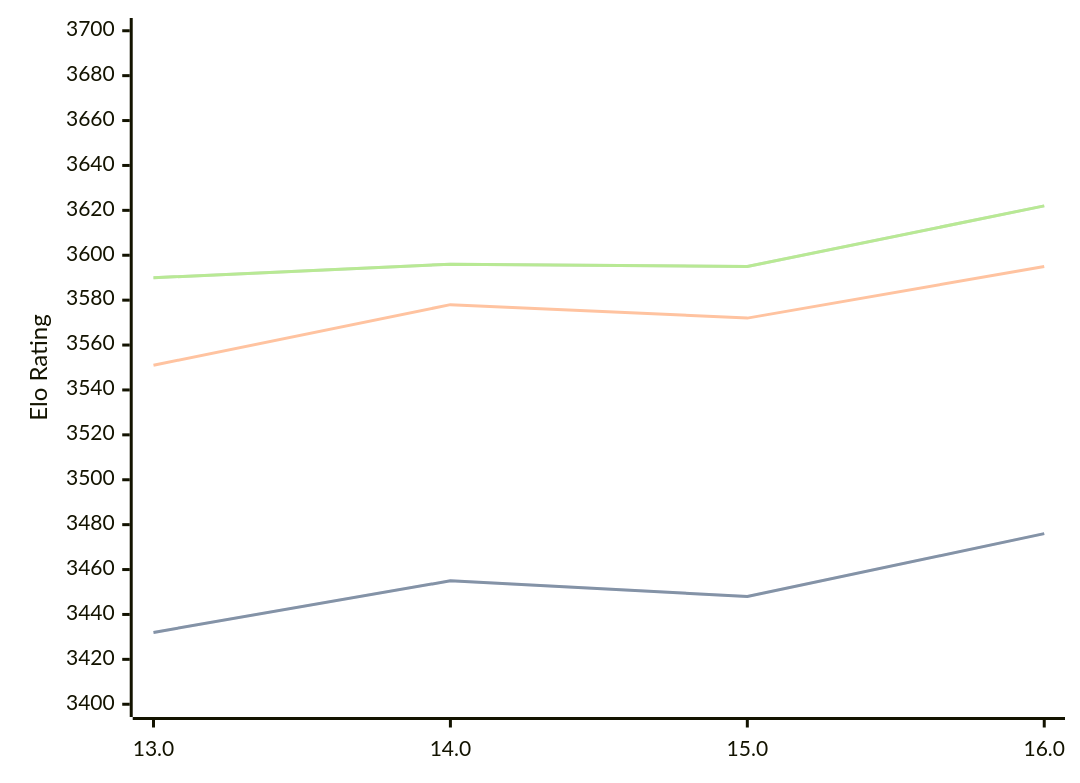
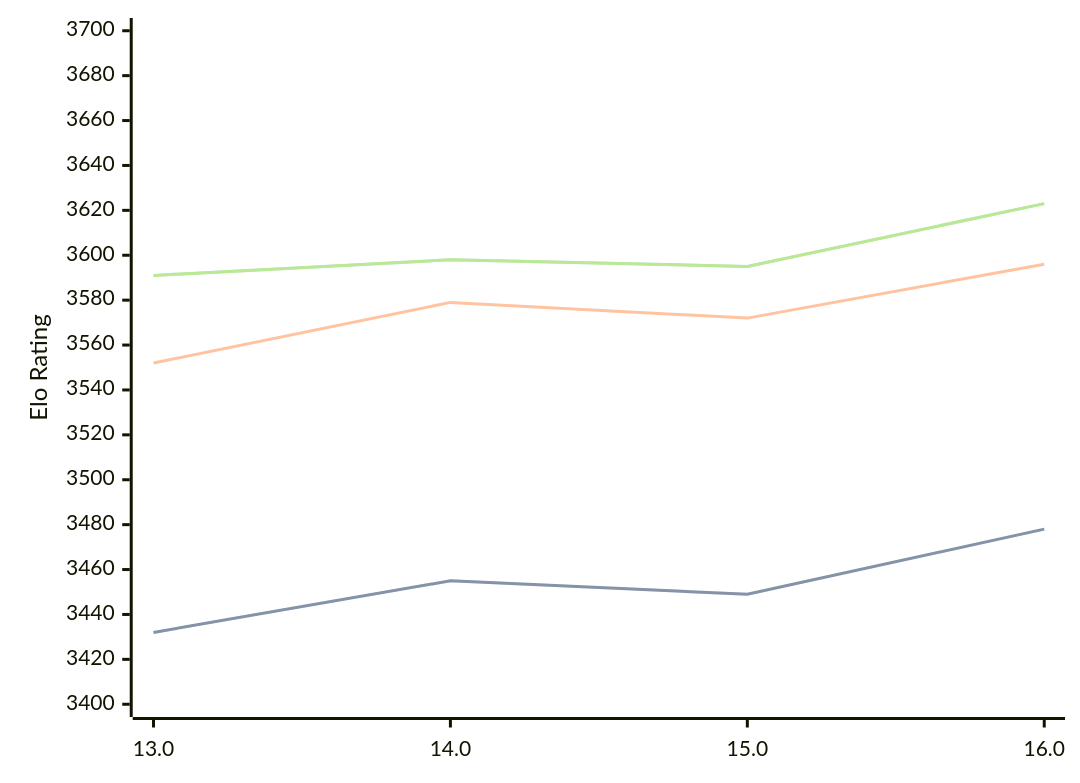
One commit to computer-chess-index/cci changed the diagram in engines/Obsidian.md. Above: the diagram before and after it, drawn with Mermaid. The commit also changed other lines of this file, not shown here.

Commit message:
Update CCI Ratings (ELO VLTC) - 2026-05-01

````diff
--- a/engines/Obsidian.md
+++ b/engines/Obsidian.md
@@ -43,11 +43,11 @@
 ```mermaid
 %%{init: {"theme":"base","themeVariables":{"seriesColors:['#a3a3a3','#222221','#faa371']}}}%%
 xychart-beta
   x-axis ["13.0", "14.0", "15.0", "16.0"]
   y-axis "Elo Rating" 3400 --> 3700
-  line "STC (8.0+0.08s)" [3432, 3455, 3448, 3476]
-  line "STC (8.0+0.08s)" [3432, 3455, 3448, 3476]
-  line "LTC (60.0+0.60s)" [3551, 3578, 3572, 3595]
-  line "VLTC (2m24s+1.12s)" [3590, 3596, 3595, 3622]
-  line "VLTC (2m24s+1.12s)" [3590, 3596, 3595, 3622]
+  line "STC (8.0+0.08s)" [3432, 3455, 3449, 3478]
+  line "STC (8.0+0.08s)" [3432, 3455, 3449, 3478]
+  line "LTC (60.0+0.60s)" [3552, 3579, 3572, 3596]
+  line "VLTC (2m24s+1.12s)" [3591, 3598, 3595, 3623]
+  line "VLTC (2m24s+1.12s)" [3591, 3598, 3595, 3623]
 ```
````
